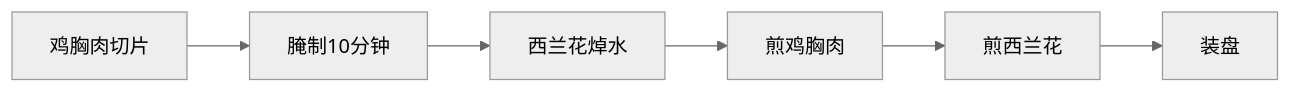
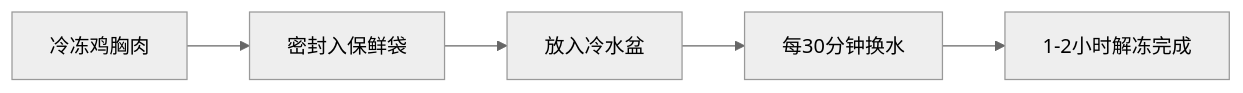
Before and after one commit to ZhangHalfGod/Health_Foods: the third of 7 diagrams in chicken-breast-with-broccoli/recipe.md, drawn with Mermaid (neutral theme). The commit also changed other lines of this file and 6 other files, not shown here.

````diff
--- a/chicken-breast-with-broccoli/recipe.md
+++ b/chicken-breast-with-broccoli/recipe.md
@@ -23,8 +66,7 @@
 ```mermaid
 flowchart LR
-  A[鸡胸肉切片] --> B[腌制10分钟]
-  B --> C[西兰花焯水]
-  C --> D[煎鸡胸肉]
-  D --> E[煎西兰花]
-  E --> F[装盘]
+  A[冷冻鸡胸肉] --> B[密封入保鲜袋]
+  B --> C[放入冷水盆]
+  C --> D[每30分钟换水]
+  D --> E[1-2小时解冻完成]
 ```
````
